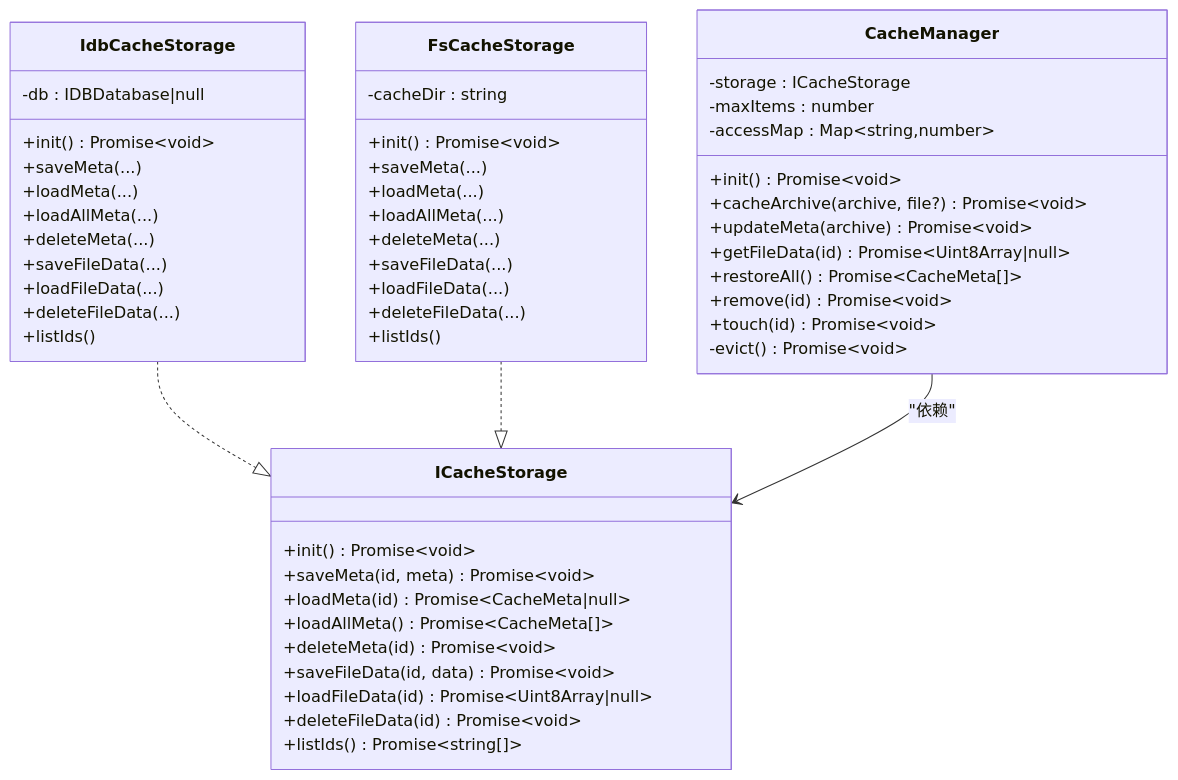
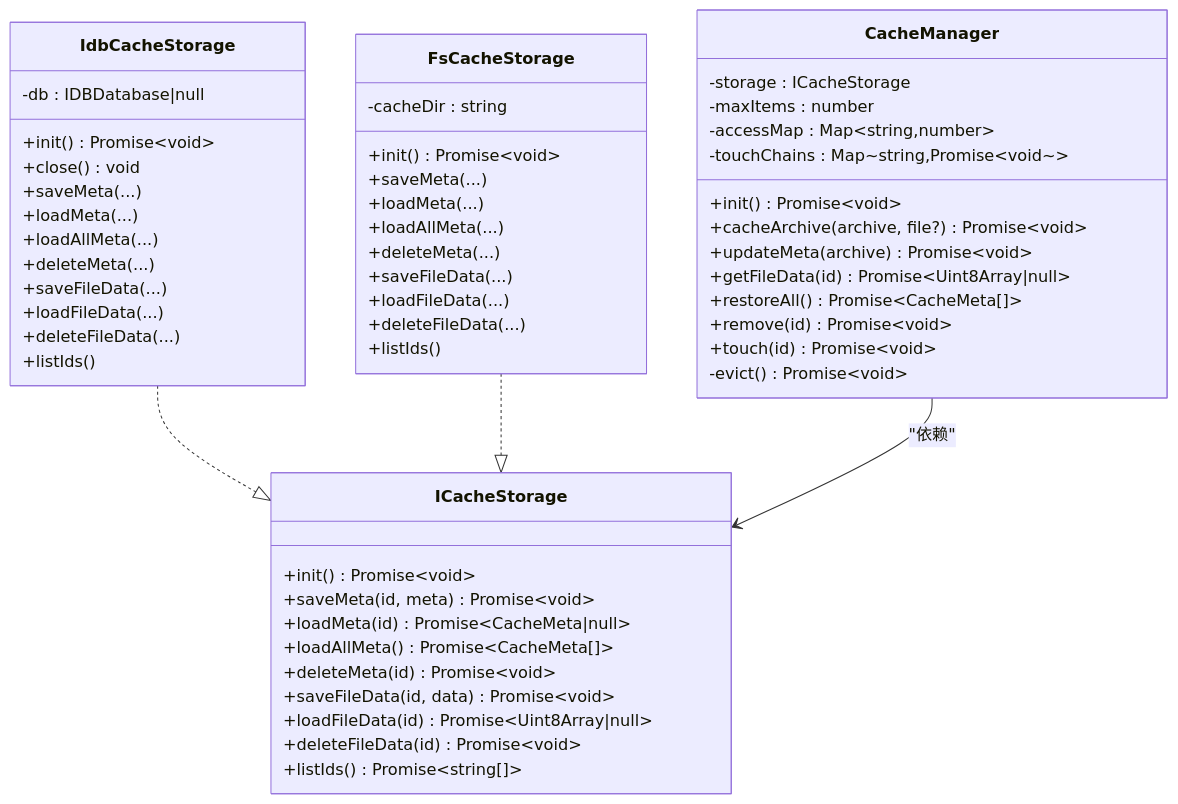
Before and after one commit to taoweidong/Hello-Tauri: the third of 9 diagrams in .qoder/repowiki/zh/content/核心模块/缓存系统.md, drawn with Mermaid. The commit also changed other lines of this file and 32 other files, not shown here.

````diff
--- a/.qoder/repowiki/zh/content/核心模块/缓存系统.md
+++ b/.qoder/repowiki/zh/content/核心模块/缓存系统.md
@@ -178,54 +177,56 @@
 ```mermaid
 classDiagram
 class ICacheStorage {
 +init() Promise~void~
 +saveMeta(id, meta) Promise~void~
 +loadMeta(id) Promise~CacheMeta|null~
 +loadAllMeta() Promise~CacheMeta[]~
 +deleteMeta(id) Promise~void~
 +saveFileData(id, data) Promise~void~
 +loadFileData(id) Promise~Uint8Array|null~
 +deleteFileData(id) Promise~void~
 +listIds() Promise~string[]~
 }
 class IdbCacheStorage {
 -db : IDBDatabase|null
 +init() Promise~void~
++close() void
 +saveMeta(...)
 +loadMeta(...)
 +loadAllMeta(...)
 +deleteMeta(...)
 +saveFileData(...)
 +loadFileData(...)
 +deleteFileData(...)
 +listIds()
 }
 class FsCacheStorage {
 -cacheDir : string
 +init() Promise~void~
 +saveMeta(...)
 +loadMeta(...)
 +loadAllMeta(...)
 +deleteMeta(...)
 +saveFileData(...)
 +loadFileData(...)
 +deleteFileData(...)
 +listIds()
 }
 class CacheManager {
 -storage : ICacheStorage
 -maxItems : number
 -accessMap : Map~string,number~
+-touchChains : Map~string,Promise~void~~
 +init() Promise~void~
 +cacheArchive(archive, file?) Promise~void~
 +updateMeta(archive) Promise~void~
 +getFileData(id) Promise~Uint8Array|null~
 +restoreAll() Promise~CacheMeta[]~
 +remove(id) Promise~void~
 +touch(id) Promise~void~
 -evict() Promise~void~
 }
 IdbCacheStorage ..|> ICacheStorage
 FsCacheStorage ..|> ICacheStorage
 CacheManager --> ICacheStorage : "依赖"
 ```
````
